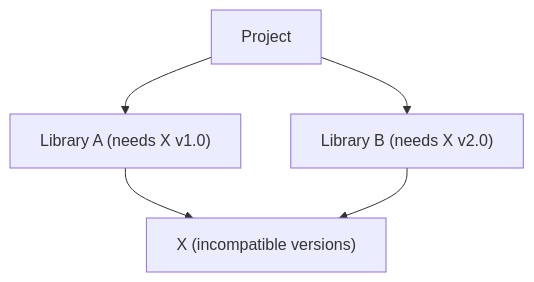
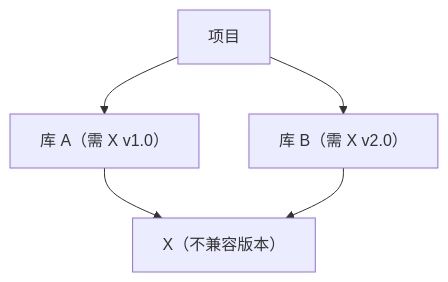
One commit to Kirky-X/diting changed the third of 4 diagrams in references/architecture/dependency-analysis.md. Above: the diagram before and after it, drawn with Mermaid. The commit also changed other lines of this file and 74 other files, not shown here.

````diff
--- a/references/architecture/dependency-analysis.md
+++ b/references/architecture/dependency-analysis.md
@@ -96,8 +96,8 @@
 ```mermaid
 flowchart TD
-    Project["Project"]
-    Project --> LibA["Library A (needs X v1.0)"]
-    Project --> LibB["Library B (needs X v2.0)"]
-    LibA --> X["X (incompatible versions)"]
+    Project["项目"]
+    Project --> LibA["库 A（需 X v1.0）"]
+    Project --> LibB["库 B（需 X v2.0）"]
+    LibA --> X["X（不兼容版本）"]
     LibB --> X
 ```
````
